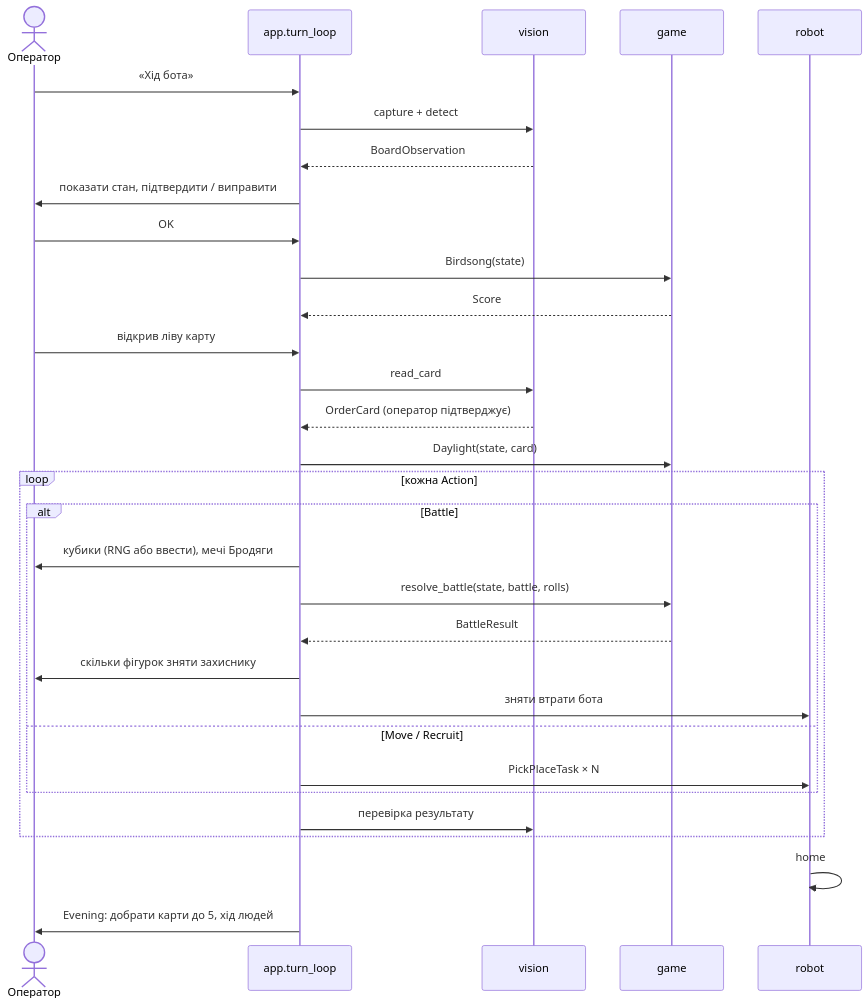
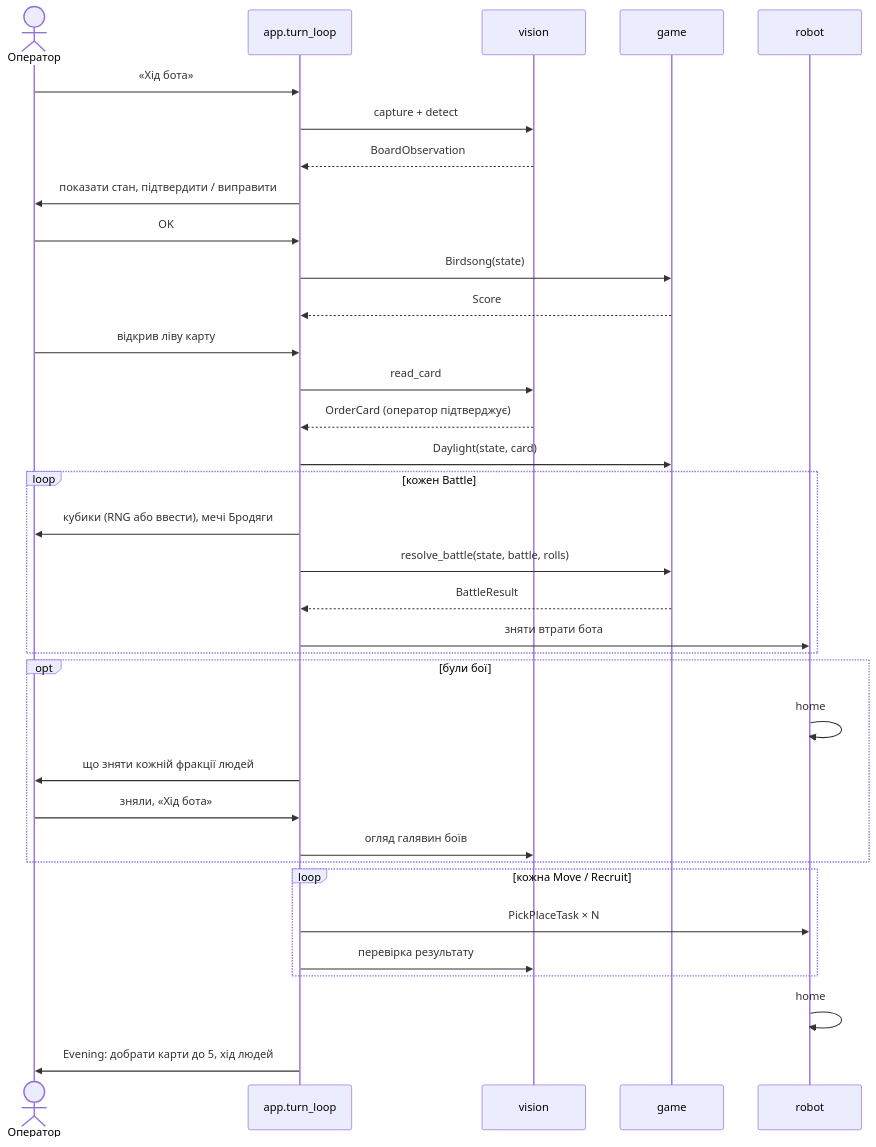
Before and after one commit to olenakshyk/RootBot67: the second of 2 diagrams in docs/architecture.md, drawn with Mermaid. The commit also changed 4 other files, not shown here.

````diff
--- a/docs/architecture.md
+++ b/docs/architecture.md
@@ -142,34 +142,38 @@
 ```mermaid
 sequenceDiagram
     actor Op as Оператор
     participant App as app.turn_loop
     participant Vis as vision
     participant Game as game
     participant Rob as robot
 
     Op->>App: «Хід бота»
     App->>Vis: capture + detect
     Vis-->>App: BoardObservation
     App->>Op: показати стан, підтвердити / виправити
     Op->>App: OK
     App->>Game: Birdsong(state)
     Game-->>App: Score
     Op->>App: відкрив ліву карту
     App->>Vis: read_card
     Vis-->>App: OrderCard (оператор підтверджує)
     App->>Game: Daylight(state, card)
-    loop кожна Action
-        alt Battle
-            App->>Op: кубики (RNG або ввести), мечі Бродяги
-            App->>Game: resolve_battle(state, battle, rolls)
-            Game-->>App: BattleResult
-            App->>Op: скільки фігурок зняти захиснику
-            App->>Rob: зняти втрати бота
-        else Move / Recruit
-            App->>Rob: PickPlaceTask × N
-        end
+    loop кожен Battle
+        App->>Op: кубики (RNG або ввести), мечі Бродяги
+        App->>Game: resolve_battle(state, battle, rolls)
+        Game-->>App: BattleResult
+        App->>Rob: зняти втрати бота
+    end
+    opt були бої
+        Rob->>Rob: home
+        App->>Op: що зняти кожній фракції людей
+        Op->>App: зняли, «Хід бота»
+        App->>Vis: огляд галявин боїв
+    end
+    loop кожна Move / Recruit
+        App->>Rob: PickPlaceTask × N
         App->>Vis: перевірка результату
     end
     Rob->>Rob: home
     App->>Op: Evening: добрати карти до 5, хід людей
 ```
````
